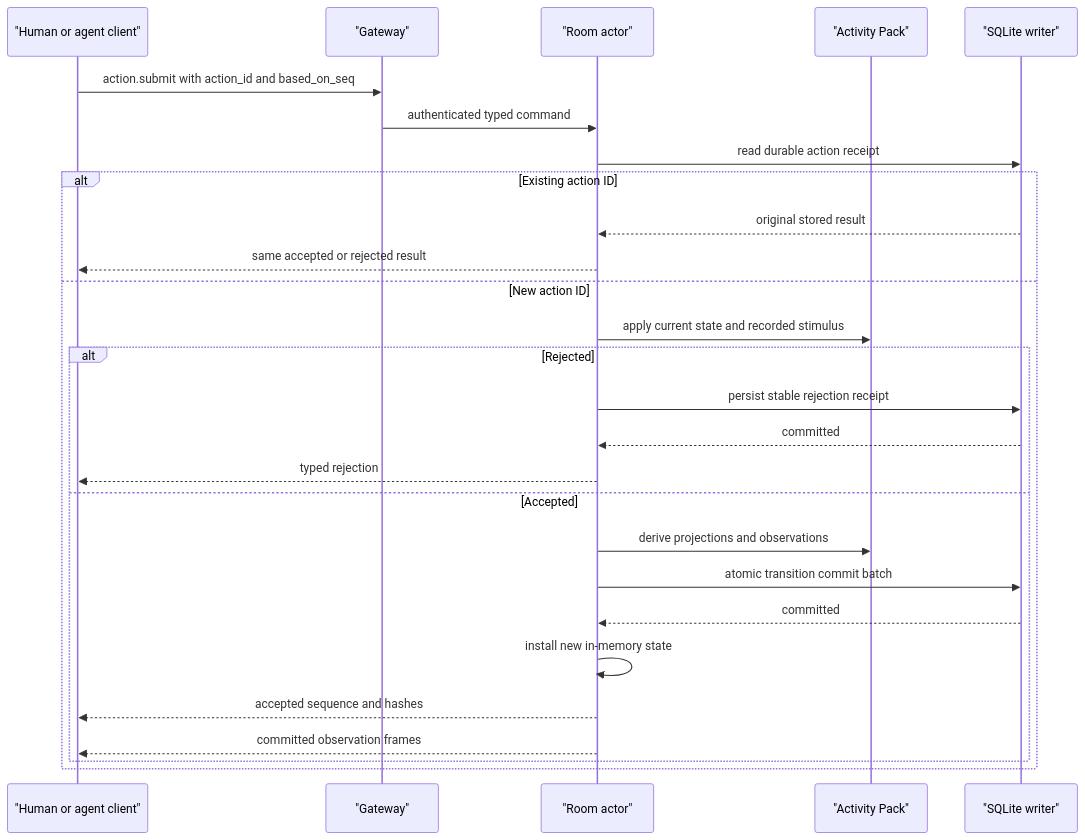
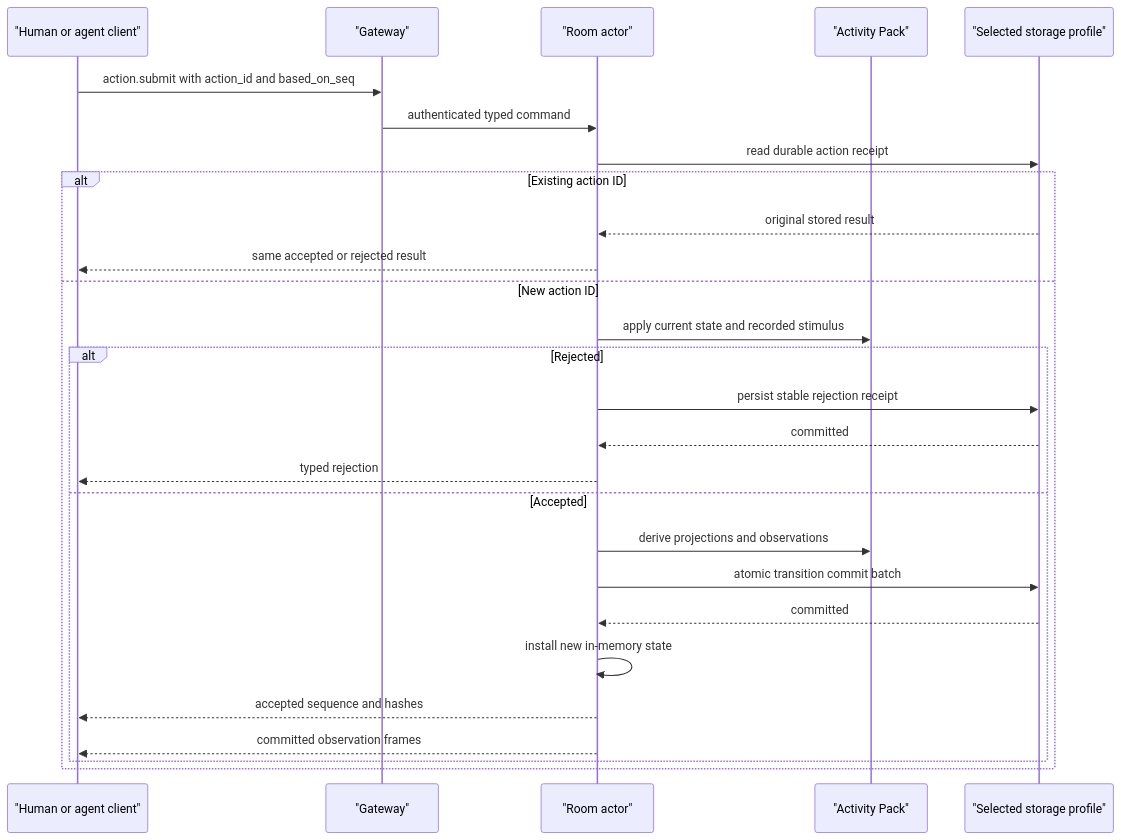
The second of 3 diagrams in docs/architecture.md (imom39a/worldstream), drawn with Mermaid before and after one commit. The commit also changed other lines of this file and 9 other files, not shown here.

```diff
--- a/docs/architecture.md
+++ b/docs/architecture.md
@@ -366,32 +371,32 @@
 ~~~mermaid
 sequenceDiagram
     participant C as "Human or agent client"
     participant G as "Gateway"
     participant R as "Room actor"
     participant P as "Activity Pack"
-    participant S as "SQLite writer"
+    participant S as "Selected storage profile"
 
     C->>G: action.submit with action_id and based_on_seq
     G->>R: authenticated typed command
     R->>S: read durable action receipt
 
     alt Existing action ID
         S-->>R: original stored result
         R-->>C: same accepted or rejected result
     else New action ID
         R->>P: apply current state and recorded stimulus
 
         alt Rejected
             R->>S: persist stable rejection receipt
             S-->>R: committed
             R-->>C: typed rejection
         else Accepted
             R->>P: derive projections and observations
             R->>S: atomic transition commit batch
             S-->>R: committed
             R->>R: install new in-memory state
             R-->>C: accepted sequence and hashes
             R-->>C: committed observation frames
         end
     end
 ~~~
```
